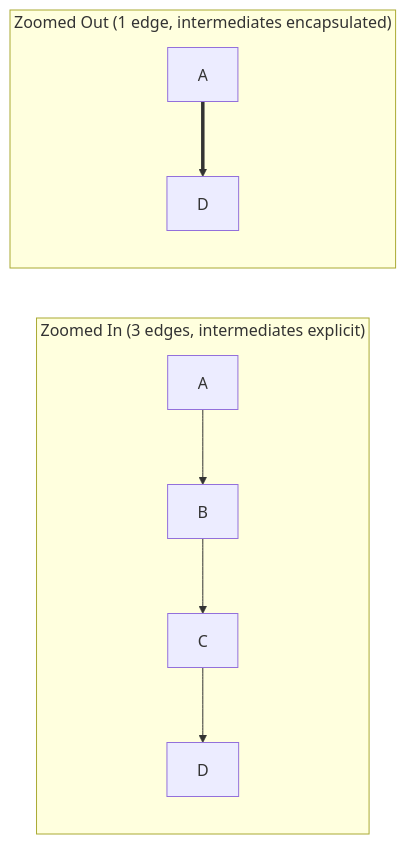
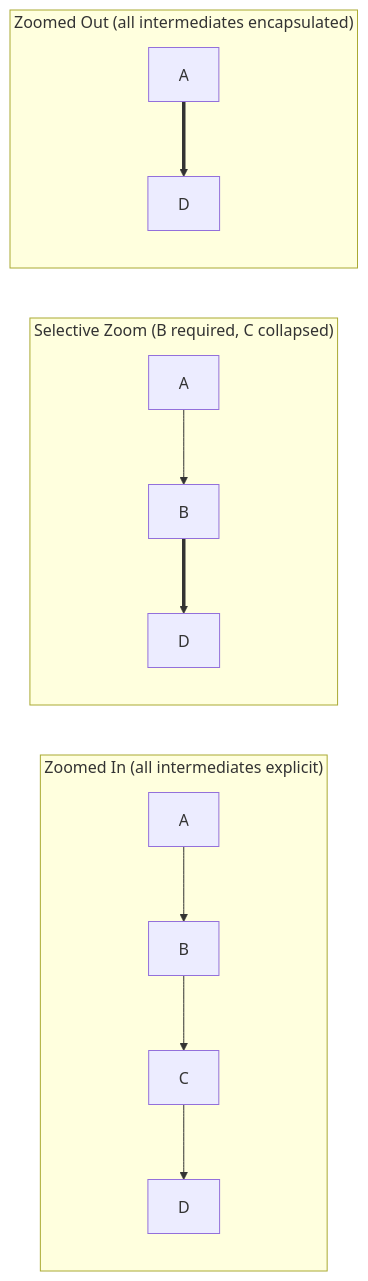
Before and after one commit to foolishimp/ai_sdlc_method: the second of 7 diagrams in docs/requirements/AI_SDLC_ASSET_GRAPH_MODEL.md, drawn with Mermaid. The commit also changed other lines of this file, not shown here.

First line of the commit message:
docs: Refine zoom to selective zoom — mandatory intermediates

````diff
--- a/docs/requirements/AI_SDLC_ASSET_GRAPH_MODEL.md
+++ b/docs/requirements/AI_SDLC_ASSET_GRAPH_MODEL.md
@@ -119,9 +119,12 @@
 ```mermaid
 graph LR
-    subgraph "Zoomed In (3 edges, intermediates explicit)"
+    subgraph "Zoomed In (all intermediates explicit)"
         A1[A] --> B1[B] --> C1[C] --> D1[D]
     end
-    subgraph "Zoomed Out (1 edge, intermediates encapsulated)"
-        A2[A] ==> D2[D]
+    subgraph "Selective Zoom (B required, C collapsed)"
+        A2[A] --> B2[B] ==> D2[D]
+    end
+    subgraph "Zoomed Out (all intermediates encapsulated)"
+        A3[A] ==> D3[D]
     end
 ```
````
